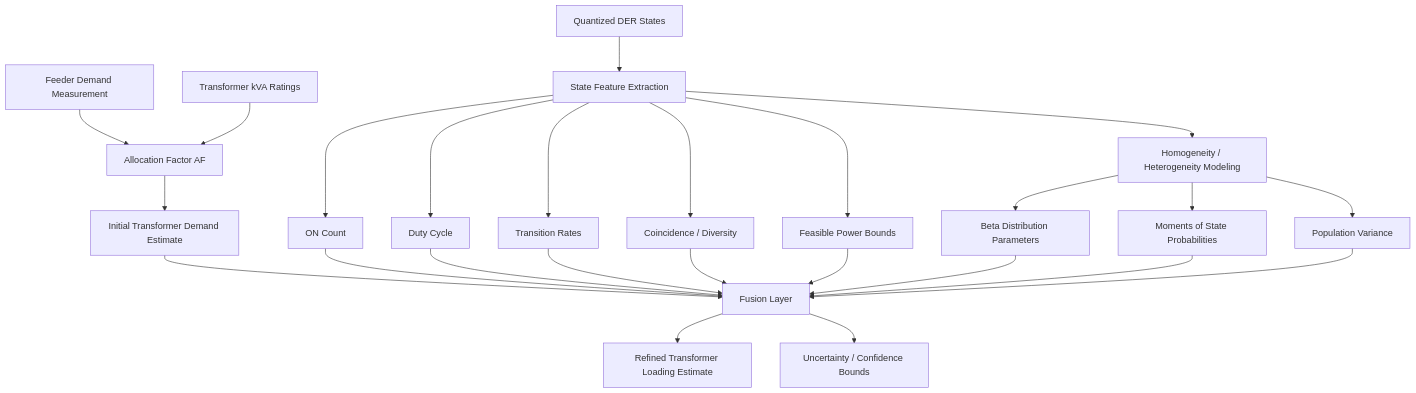
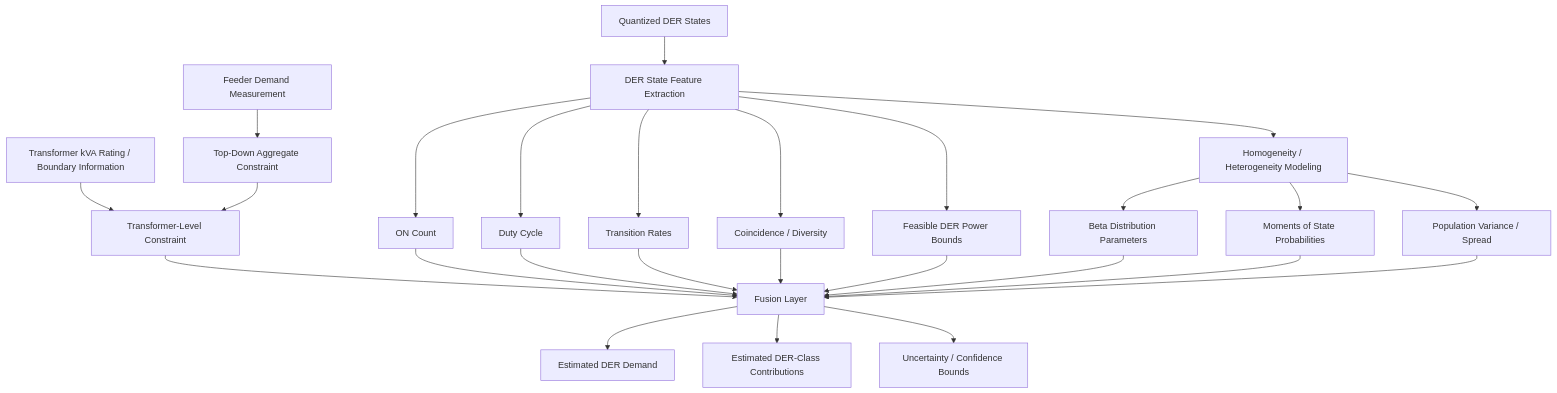
Before and after one commit to MidrarAdham/gld-opedss-ochre-helics: the diagram in cosimulation_tools/gld-ochre-helics/cosim_using_predownloaded_files/README.md, drawn with Mermaid.

Commit message:
adding a problem formulation for gld-ochre setup for DER states estimates

````diff
--- a/cosimulation_tools/gld-ochre-helics/cosim_using_predownloaded_files/README.md
+++ b/cosimulation_tools/gld-ochre-helics/cosim_using_predownloaded_files/README.md
@@ -1,57 +1,59 @@
 ```mermaid
+
 flowchart TB
 
 %% ======================
-%% TOP-DOWN APPROACH
+%% TOP-DOWN CONSTRAINTS
 %% ======================
 
-A[Feeder Demand Measurement] --> B[Allocation Factor AF]
-B --> C[Initial Transformer Demand Estimate]
+A[Feeder Demand Measurement] --> B[Top-Down Aggregate Constraint]
 
-D[Transformer kVA Ratings] --> B
+C[Transformer kVA Rating / Boundary Information] --> D[Transformer-Level Constraint]
+B --> D
 
 %% ======================
-%% BOTTOM-UP APPROACH
+%% BOTTOM-UP DER STATES
 %% ======================
 
-E[Quantized DER States] --> F[State Feature Extraction]
+E[Quantized DER States] --> F[DER State Feature Extraction]
 
 F --> F1[ON Count]
 F --> F2[Duty Cycle]
 F --> F3[Transition Rates]
 F --> F4[Coincidence / Diversity]
-F --> F5[Feasible Power Bounds]
+F --> F5[Feasible DER Power Bounds]
 
 %% ======================
-%% HOMOGENEITY MODELING
+%% HOMOGENEITY / HETEROGENEITY
 %% ======================
 
 F --> G[Homogeneity / Heterogeneity Modeling]
 
 G --> G1[Beta Distribution Parameters]
 G --> G2[Moments of State Probabilities]
-G --> G3[Population Variance]
+G --> G3[Population Variance / Spread]
 
 %% ======================
-%% FUSION LAYER
+%% FUSION
 %% ======================
 
-C --> H[Fusion Layer]
+D --> H[Fusion Layer]
 
 F1 --> H
 F2 --> H
 F3 --> H
 F4 --> H
 F5 --> H
 
 G1 --> H
 G2 --> H
 G3 --> H
 
 %% ======================
-%% OUTPUT
+%% OUTPUTS
 %% ======================
 
-H --> I[Refined Transformer Loading Estimate]
-H --> J[Uncertainty / Confidence Bounds]
+H --> I[Estimated DER Demand]
+H --> J[Estimated DER-Class Contributions]
+H --> K[Uncertainty / Confidence Bounds]
 ```
````
